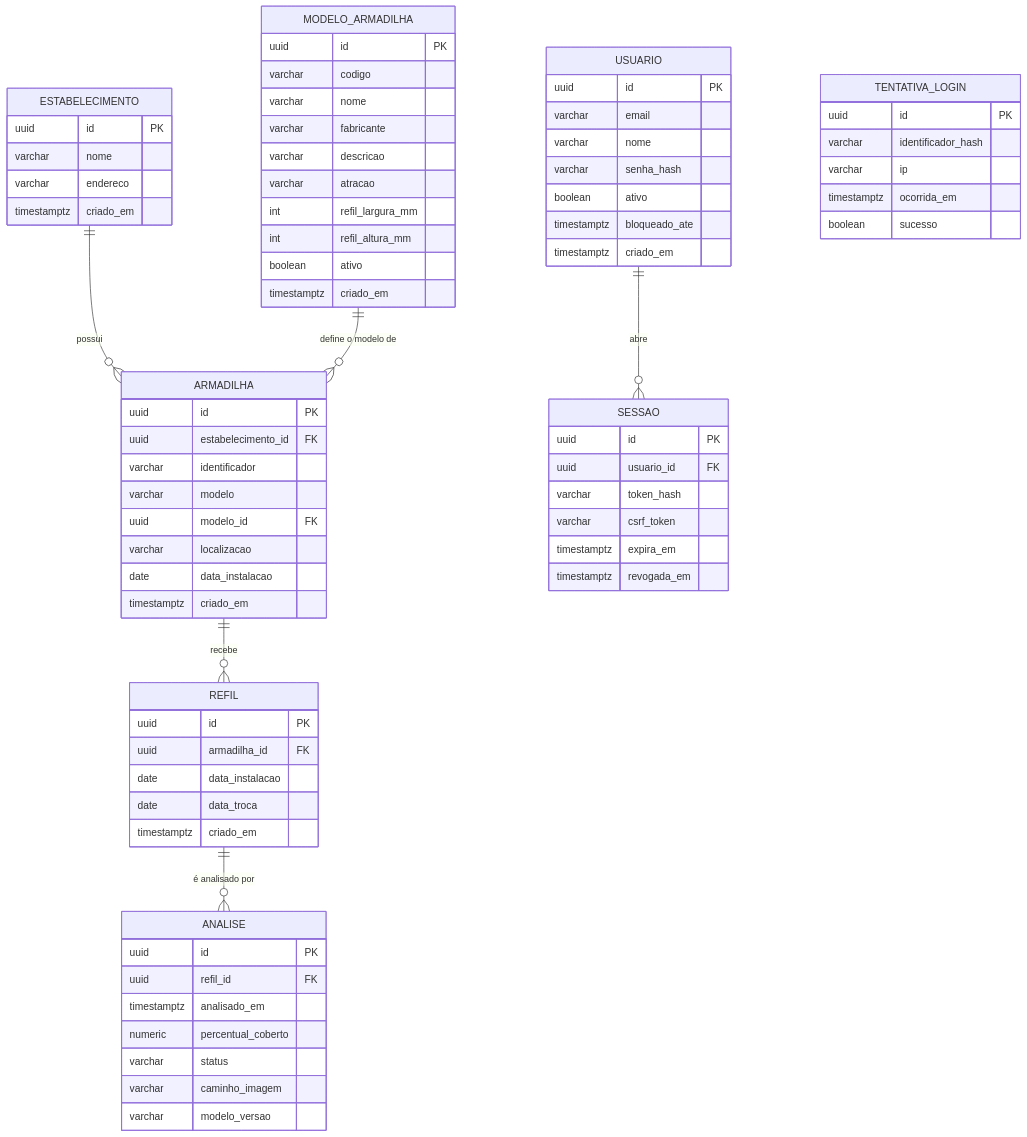
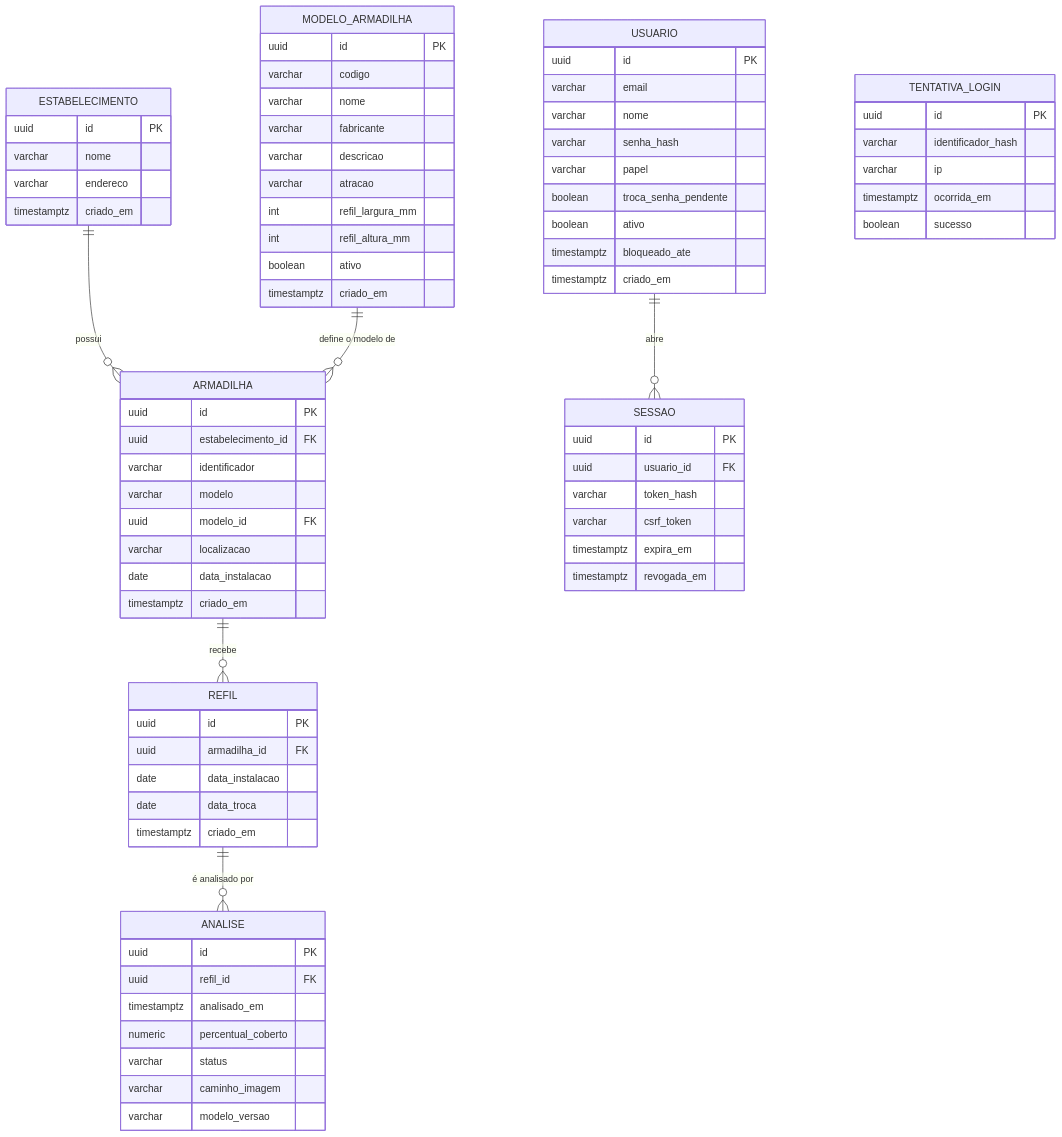
Before and after one commit to plfrancisco/trapsight-pi3: the diagram in .context/plan/data/data_model.md, drawn with Mermaid. The commit also changed other lines of this file and 4 other files, not shown here.

```diff
--- a/.context/plan/data/data_model.md
+++ b/.context/plan/data/data_model.md
@@ -140,6 +140,8 @@
         varchar email
         varchar nome
         varchar senha_hash
+        varchar papel
+        boolean troca_senha_pendente
         boolean ativo
         timestamptz bloqueado_ate
         timestamptz criado_em
```
